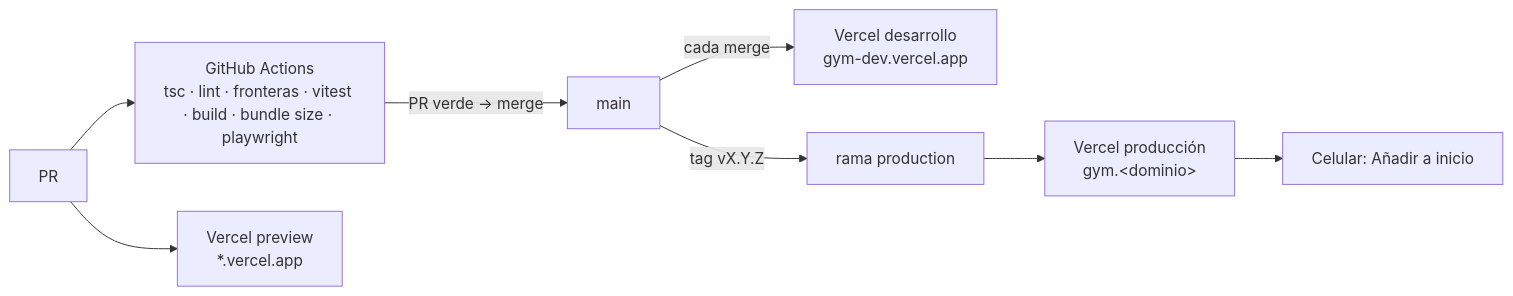
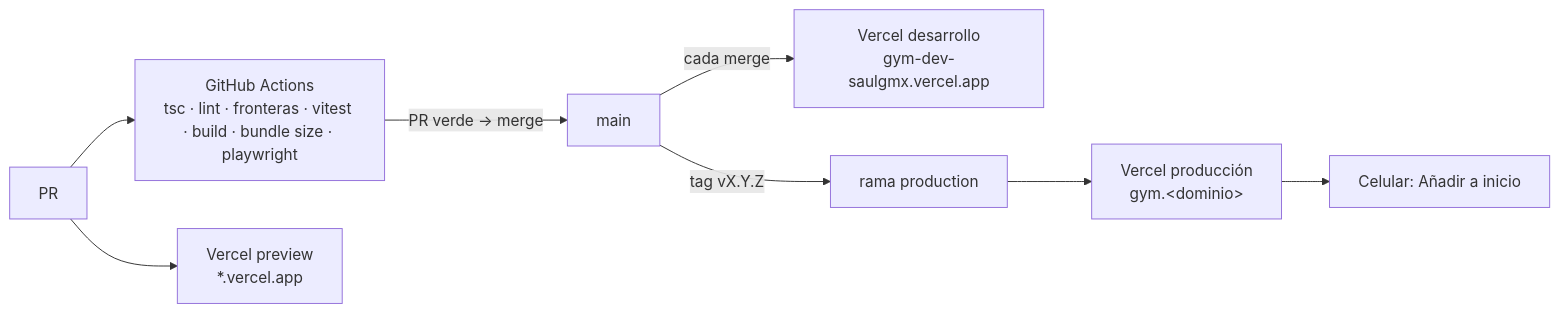
The eighth of 8 diagrams in docs/architecture.md (saulgmx/gym-app), drawn with Mermaid before and after one commit. The commit also changed other lines of this file and 2 other files, not shown here.

Commit message:
docs: rename dev alias to gym-dev-saulgmx.vercel.app
Use the alias actually configured in Vercel. Erratum in ADR-0017.

````diff
--- a/docs/architecture.md
+++ b/docs/architecture.md
@@ -364,10 +364,10 @@
 ```mermaid
 flowchart LR
   pr[PR] --> ci[GitHub Actions<br/>tsc · lint · fronteras · vitest · build · bundle size · playwright]
   pr --> prev[Vercel preview<br/>*.vercel.app]
   ci -->|PR verde → merge| main[main]
-  main -->|cada merge| dev[Vercel desarrollo<br/>gym-dev.vercel.app]
+  main -->|cada merge| dev[Vercel desarrollo<br/>gym-dev-saulgmx.vercel.app]
   main -->|tag vX.Y.Z| prod[rama production]
   prod --> host[Vercel producción<br/>gym.&lt;dominio&gt;]
   host --> phone[Celular: Añadir a inicio]
 ```
````
